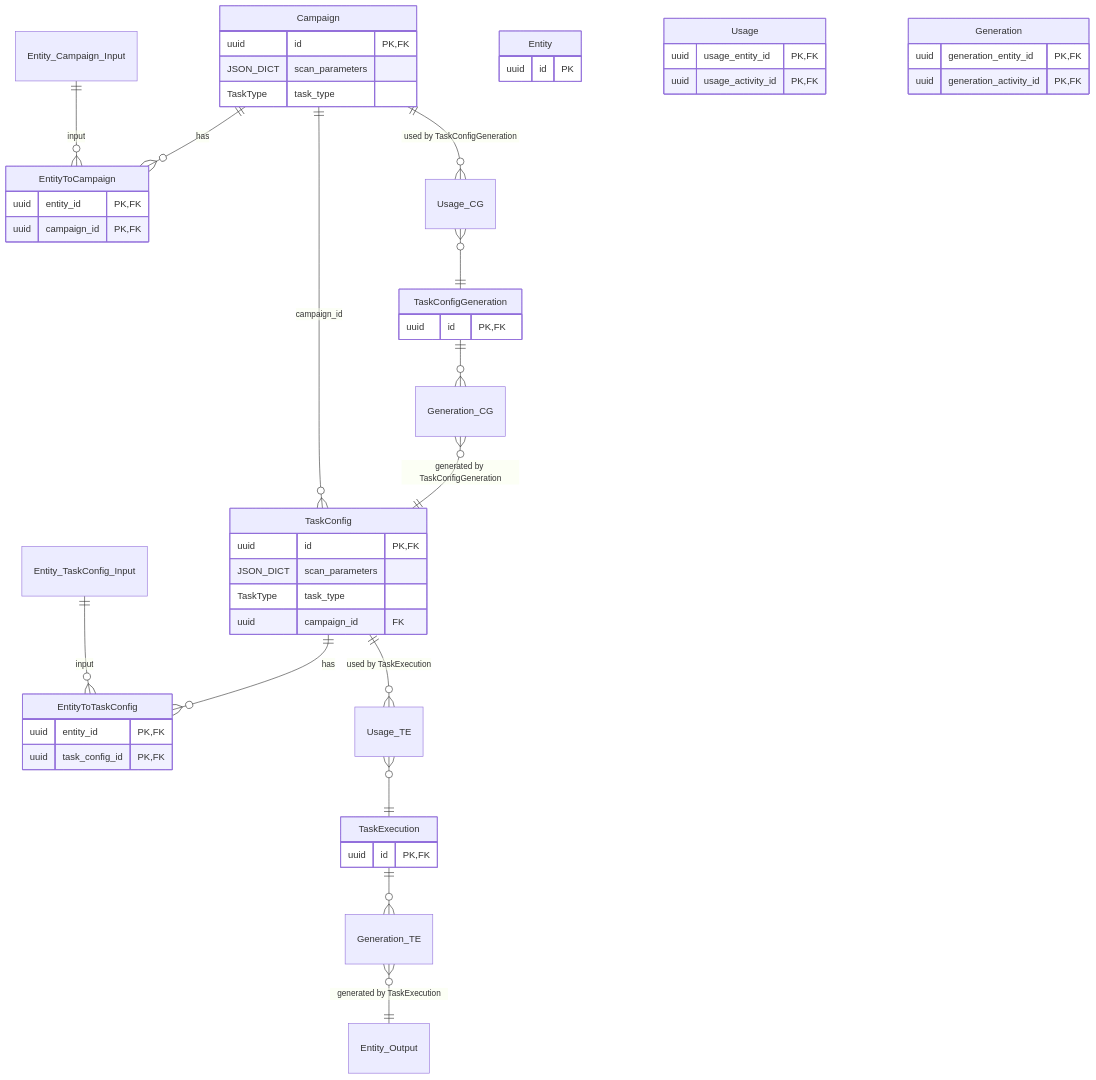
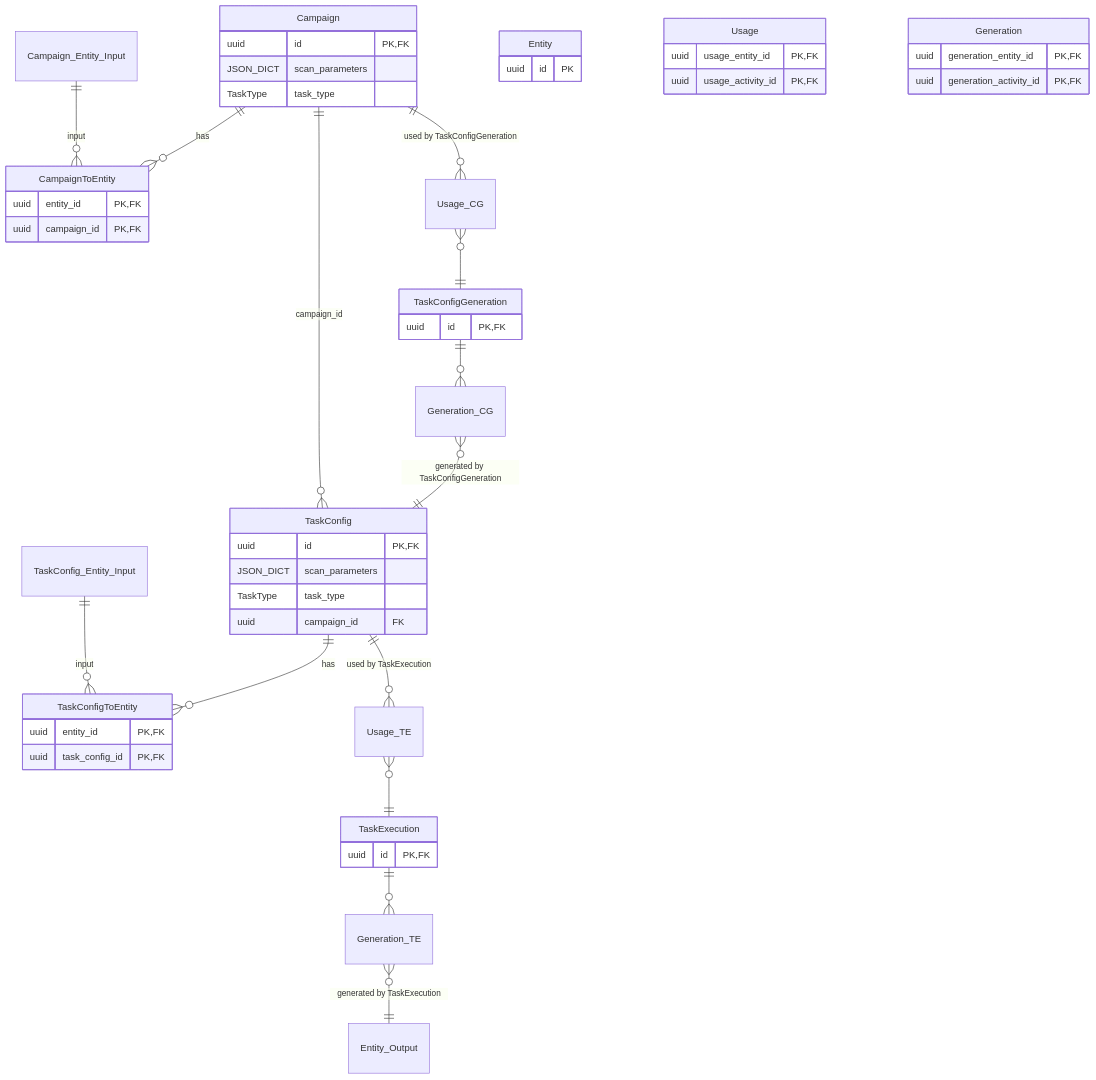
The second of 2 diagrams in docs/campaign-models-diagram.md (openbraininstitute/entitycore), drawn with Mermaid before and after one commit. The commit also changed other lines of this file and 6 other files, not shown here.

````diff
--- a/docs/campaign-models-diagram.md
+++ b/docs/campaign-models-diagram.md
@@ -45,64 +45,64 @@
 ```mermaid
 erDiagram
-    Entity_Campaign_Input ||--o{ EntityToCampaign : "input"
-    Campaign ||--o{ EntityToCampaign : "has"
+    Campaign_Entity_Input ||--o{ CampaignToEntity : "input"
+    Campaign ||--o{ CampaignToEntity : "has"
     Campaign ||--o{ TaskConfig : "campaign_id"
 
-    Entity_TaskConfig_Input ||--o{ EntityToTaskConfig : "input"
-    TaskConfig ||--o{ EntityToTaskConfig : "has"
+    TaskConfig_Entity_Input ||--o{ TaskConfigToEntity : "input"
+    TaskConfig ||--o{ TaskConfigToEntity : "has"
 
     Campaign ||--o{ Usage_CG : "used by TaskConfigGeneration"
     Usage_CG }o--|| TaskConfigGeneration : ""
     TaskConfigGeneration ||--o{ Generation_CG : ""
     Generation_CG }o--|| TaskConfig : "generated by TaskConfigGeneration"
 
     TaskConfig ||--o{ Usage_TE : "used by TaskExecution"
     Usage_TE }o--|| TaskExecution : ""
     TaskExecution ||--o{ Generation_TE : ""
     Generation_TE }o--|| Entity_Output : "generated by TaskExecution"
 
     Entity {
         uuid id PK
     }
 
-    EntityToCampaign {
+    CampaignToEntity {
         uuid entity_id PK,FK
         uuid campaign_id PK,FK
     }
 
-    EntityToTaskConfig {
+    TaskConfigToEntity {
         uuid entity_id PK,FK
         uuid task_config_id PK,FK
     }
 
     Campaign {
         uuid id PK,FK
         JSON_DICT scan_parameters
         TaskType task_type
     }
 
     Usage {
         uuid usage_entity_id PK,FK
         uuid usage_activity_id PK,FK
     }
 
     Generation {
         uuid generation_entity_id PK,FK
         uuid generation_activity_id PK,FK
     }
 
     TaskConfig {
         uuid id PK,FK
         JSON_DICT scan_parameters
         TaskType task_type
         uuid campaign_id FK
     }
 
     TaskConfigGeneration {
         uuid id PK,FK
     }
 
     TaskExecution {
         uuid id PK,FK
     }
 ```
````
